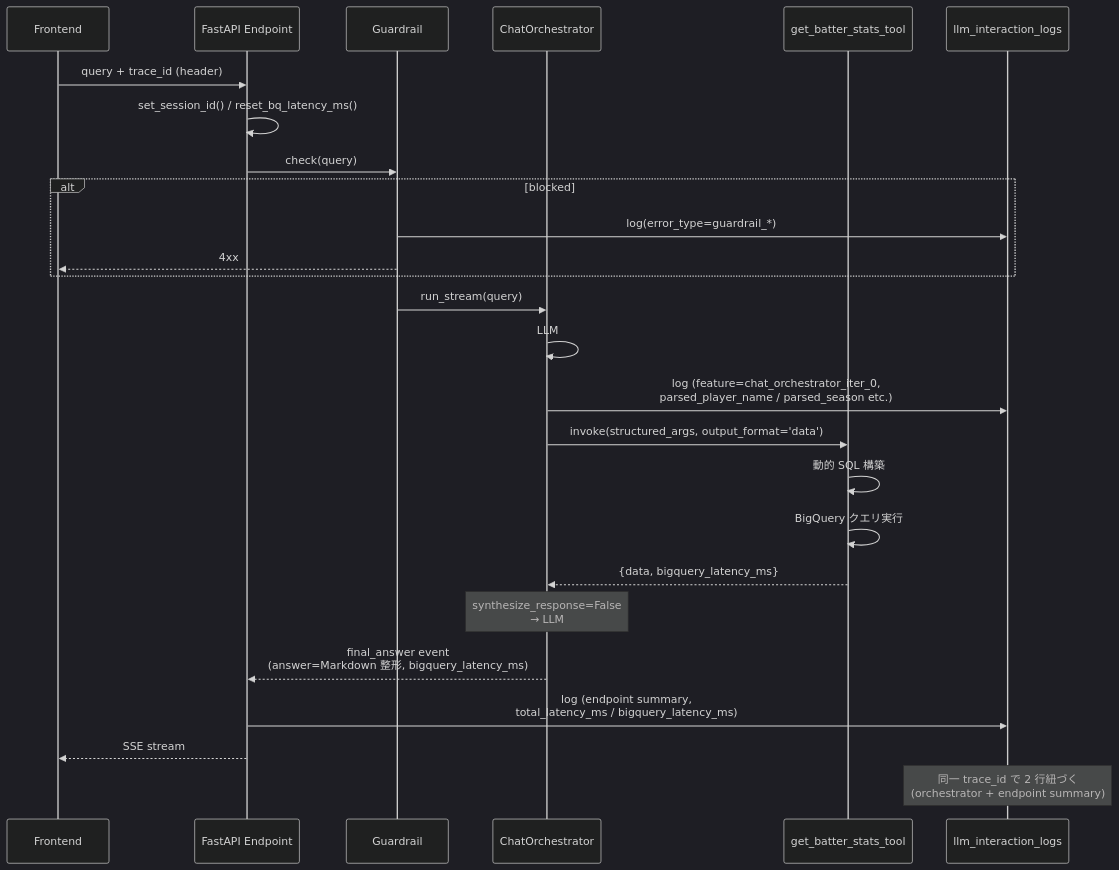
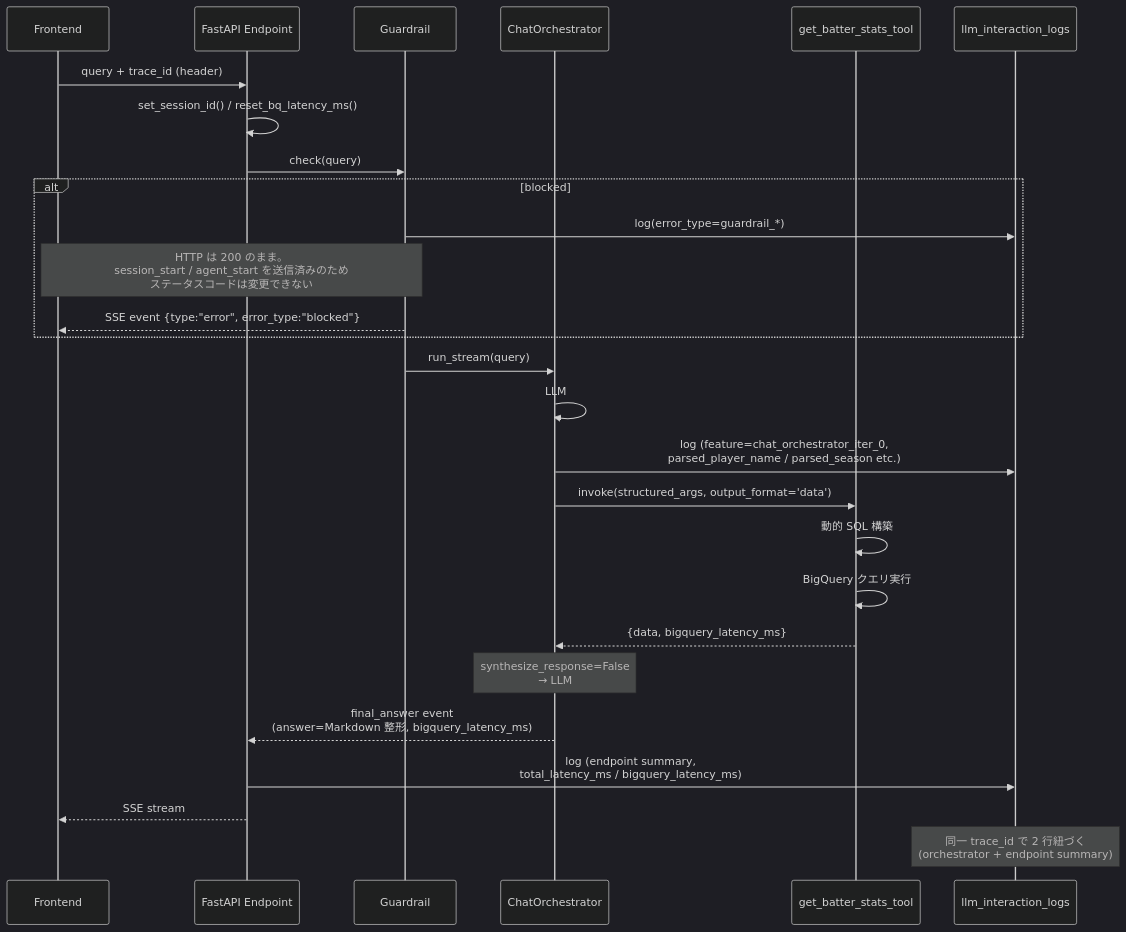
Before and after one commit to takeshimx/diamond-lens: the eighth of 8 diagrams in README_ai_architecture.md, drawn with Mermaid (dark theme). The commit also changed other lines of this file and 16 other files, not shown here.

````diff
--- a/README_ai_architecture.md
+++ b/README_ai_architecture.md
@@ -492,29 +592,30 @@
 ```mermaid
 sequenceDiagram
     participant FE as Frontend
     participant API as FastAPI Endpoint
     participant Guard as Guardrail
     participant Orch as ChatOrchestrator
     participant Tool as get_batter_stats_tool
     participant BQ as llm_interaction_logs
 
     FE->>API: query + trace_id (header)
     API->>API: set_session_id() / reset_bq_latency_ms()
     API->>Guard: check(query)
     alt blocked
         Guard->>BQ: log(error_type=guardrail_*)
-        Guard-->>FE: 4xx
+        Note over FE,Guard: HTTP は 200 のまま。<br/>session_start / agent_start を送信済みのため<br/>ステータスコードは変更できない
+        Guard-->>FE: SSE event {type:"error", error_type:"blocked"}
     end
     Guard->>Orch: run_stream(query)
     Orch->>Orch: LLM #1: tool_use で構造化引数生成<br/>(name=..., season=..., metrics=[...])
     Orch->>BQ: log (feature=chat_orchestrator_iter_0,<br/>parsed_player_name / parsed_season etc.)
     Orch->>Tool: invoke(structured_args, output_format='data')
     Tool->>Tool: 動的 SQL 構築
     Tool->>Tool: BigQuery クエリ実行
     Tool-->>Orch: {data, bigquery_latency_ms}
     Note over Orch: synthesize_response=False<br/>→ LLM #2 を呼ばず即 return
     Orch-->>API: final_answer event<br/>(answer=Markdown 整形, bigquery_latency_ms)
     API->>BQ: log (endpoint summary,<br/>total_latency_ms / bigquery_latency_ms)
     API-->>FE: SSE stream
     Note over BQ: 同一 trace_id で 2 行紐づく<br/>(orchestrator + endpoint summary)
 ```
````
